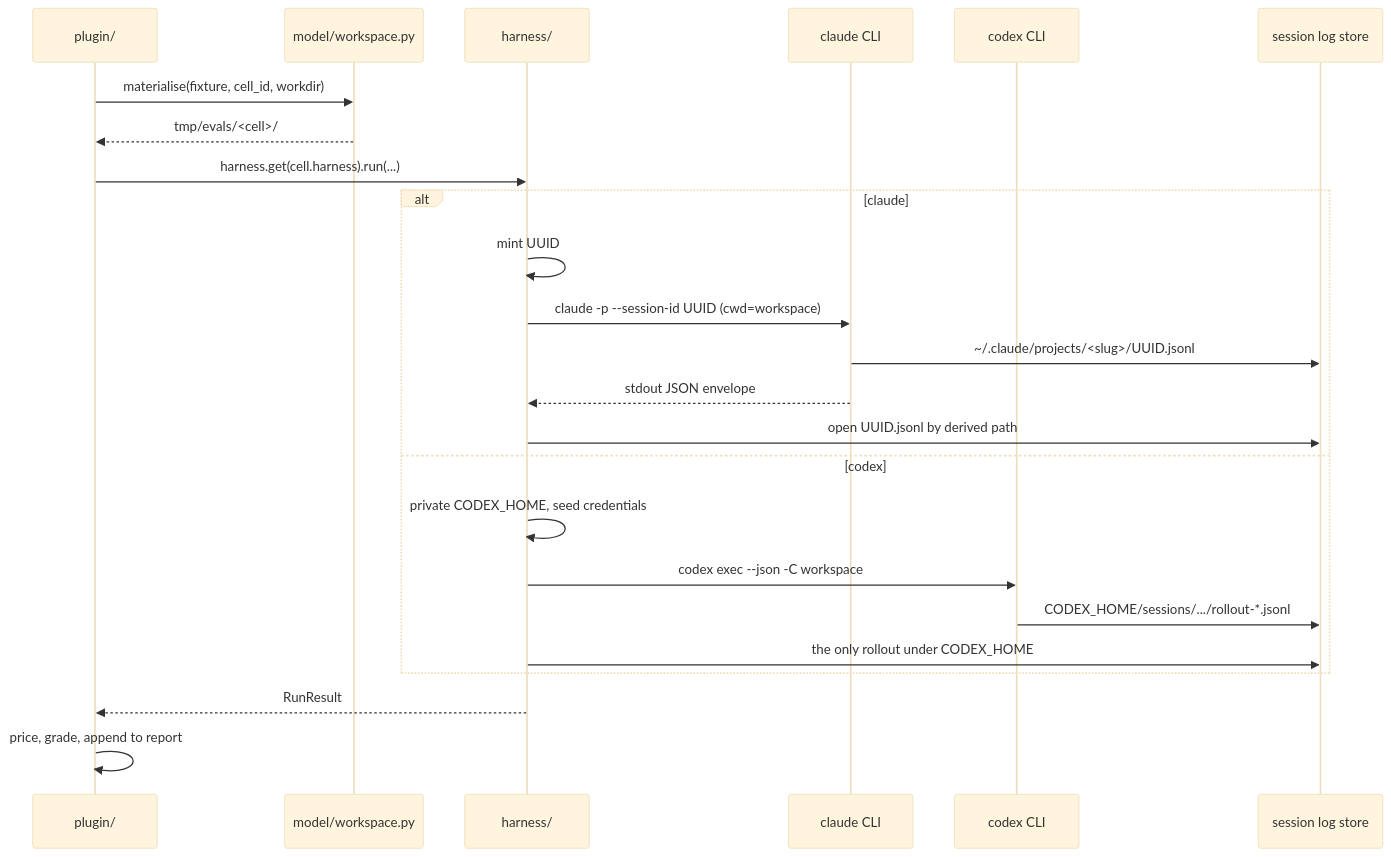
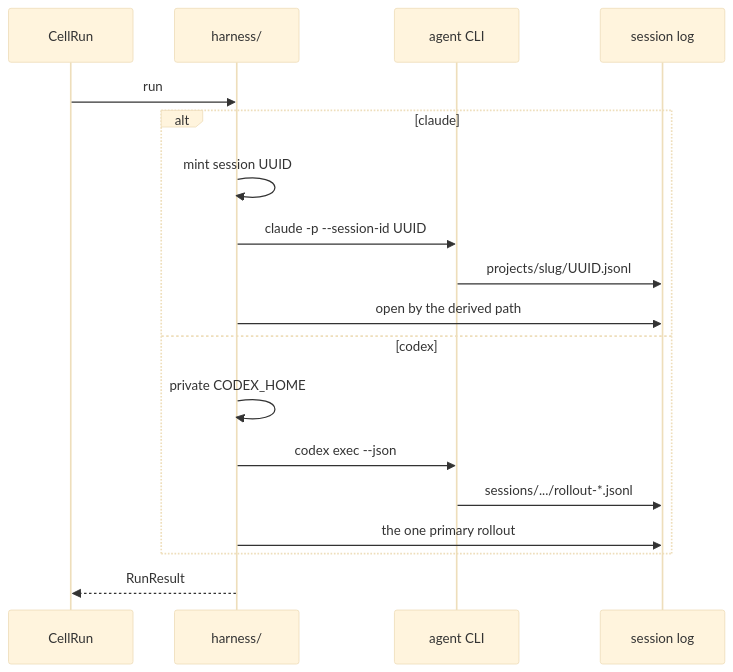
One commit to neozenith/pytest-xharness-eval changed the tenth of 39 diagrams in ARCHITECTURE.md. Above: the diagram before and after it, drawn with Mermaid (base theme). The commit also changed other lines of this file and 116 other files, not shown here.

````diff
--- a/ARCHITECTURE.md
+++ b/ARCHITECTURE.md
@@ -46,27 +538,21 @@
 ```mermaid
 sequenceDiagram
-    participant P as plugin/
-    participant W as model/workspace.py
-    participant R as harness/
-    participant C as claude CLI
-    participant X as codex CLI
-    participant S as session log store
+    participant RUN as CellRun
+    participant H as harness/
+    participant CLI as agent CLI
+    participant LOG as session log
 
-    P->>W: materialise(fixture, cell_id, workdir)
-    W-->>P: tmp/evals/<cell>/
-    P->>R: harness.get(cell.harness).run(...)
+    RUN->>H: run
     alt claude
-        R->>R: mint UUID
-        R->>C: claude -p --session-id UUID (cwd=workspace)
-        C->>S: ~/.claude/projects/<slug>/UUID.jsonl
-        C-->>R: stdout JSON envelope
-        R->>S: open UUID.jsonl by derived path
+        H->>H: mint session UUID
+        H->>CLI: claude -p --session-id UUID
+        CLI->>LOG: projects/slug/UUID.jsonl
+        H->>LOG: open by the derived path
     else codex
-        R->>R: private CODEX_HOME, seed credentials
-        R->>X: codex exec --json -C workspace
-        X->>S: CODEX_HOME/sessions/.../rollout-*.jsonl
-        R->>S: the only rollout under CODEX_HOME
+        H->>H: private CODEX_HOME
+        H->>CLI: codex exec --json
+        CLI->>LOG: sessions/.../rollout-*.jsonl
+        H->>LOG: the one primary rollout
     end
-    R-->>P: RunResult
-    P->>P: price, grade, append to report
+    H-->>RUN: RunResult
 ```
````
